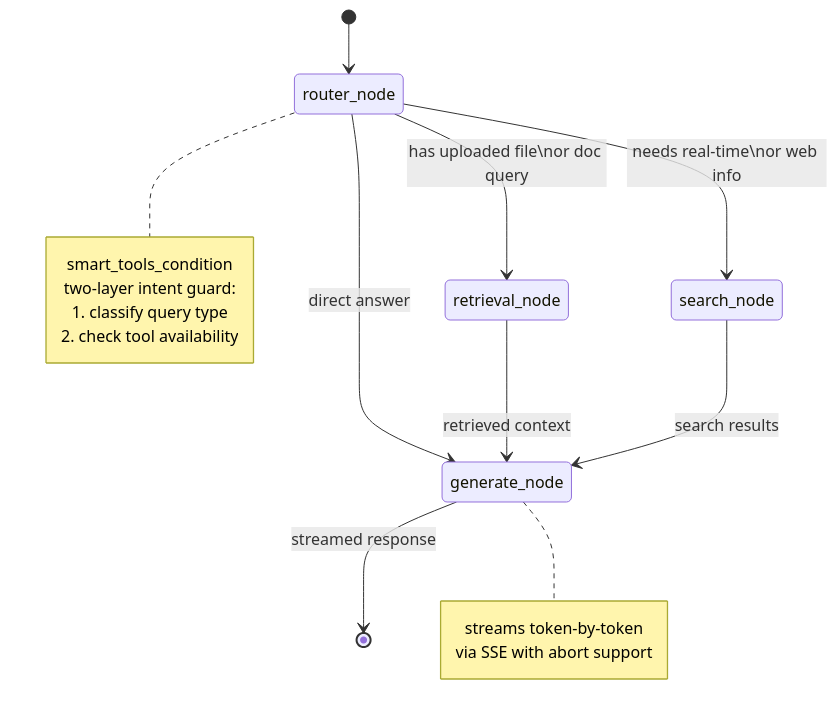
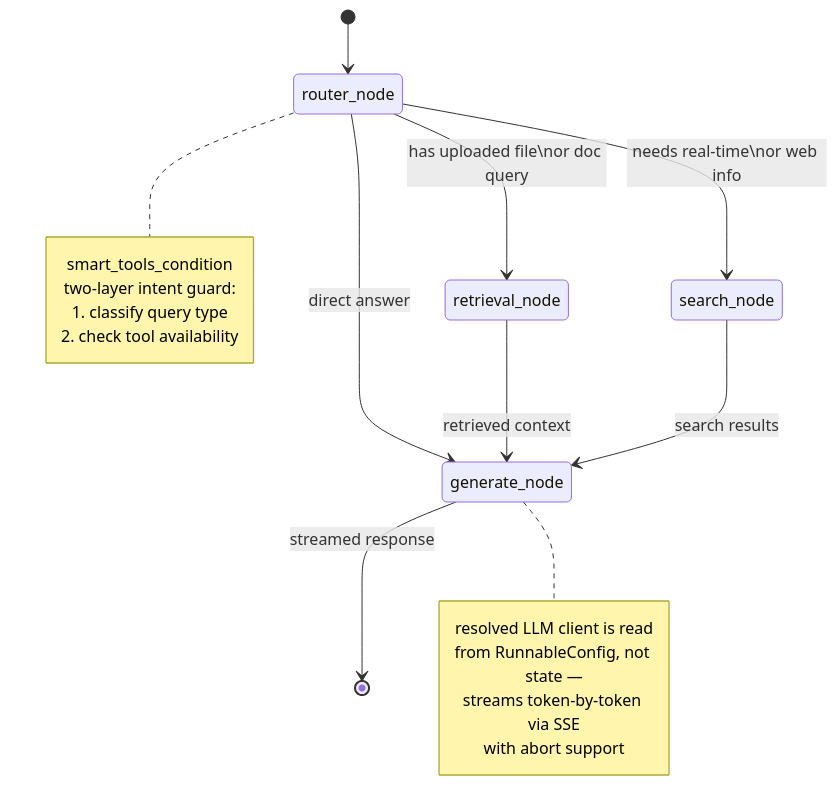
One commit to Shivanshxsharma/ALFRED changed the third of 7 diagrams in README.md. Above: the diagram before and after it, drawn with Mermaid. The commit also changed other lines of this file, not shown here.

````diff
--- a/README.md
+++ b/README.md
@@ -190,25 +197,27 @@
 ```mermaid
 stateDiagram-v2
     [*] --> router_node
 
     router_node --> retrieval_node : has uploaded file\nor doc query
     router_node --> search_node : needs real-time\nor web info
     router_node --> generate_node : direct answer
 
     retrieval_node --> generate_node : retrieved context
     search_node --> generate_node : search results
 
     generate_node --> [*] : streamed response
 
     note right of router_node
         smart_tools_condition
         two-layer intent guard:
         1. classify query type
         2. check tool availability
     end note
 
     note right of generate_node
-        streams token-by-token
-        via SSE with abort support
+        resolved LLM client is read
+        from RunnableConfig, not state —
+        streams token-by-token via SSE
+        with abort support
     end note
 ```
````
